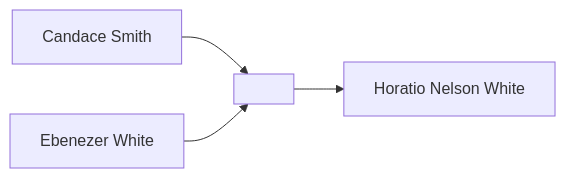
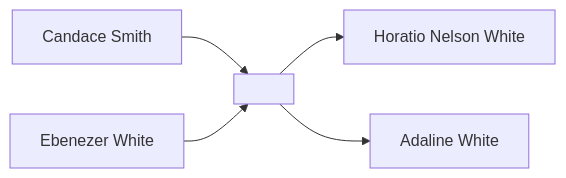
Before and after one commit to neelsmith/avocational: the second of 2 diagrams in familyhistory/sources/people/Merrill-line/White-line/Candace-Smith-line/Candace_Smith.qmd, drawn with Mermaid. The commit also changed other lines of this file and 21 other files, not shown here.

````diff
--- a/familyhistory/sources/people/Merrill-line/White-line/Candace-Smith-line/Candace_Smith.qmd
+++ b/familyhistory/sources/people/Merrill-line/White-line/Candace-Smith-line/Candace_Smith.qmd
@@ -35,6 +37,7 @@
 ```{mermaid}
 graph LR
 Candace_Smith[Candace Smith] --> Candace_Smith+Ebenezer_White[ ]
 Ebenezer_White[Ebenezer White] --> Candace_Smith+Ebenezer_White[ ]
 Candace_Smith+Ebenezer_White[ ] --> Horatio_Nelson_White[Horatio Nelson White]
+Candace_Smith+Ebenezer_White[ ] --> Adaline_White[Adaline White]
 ```
````
